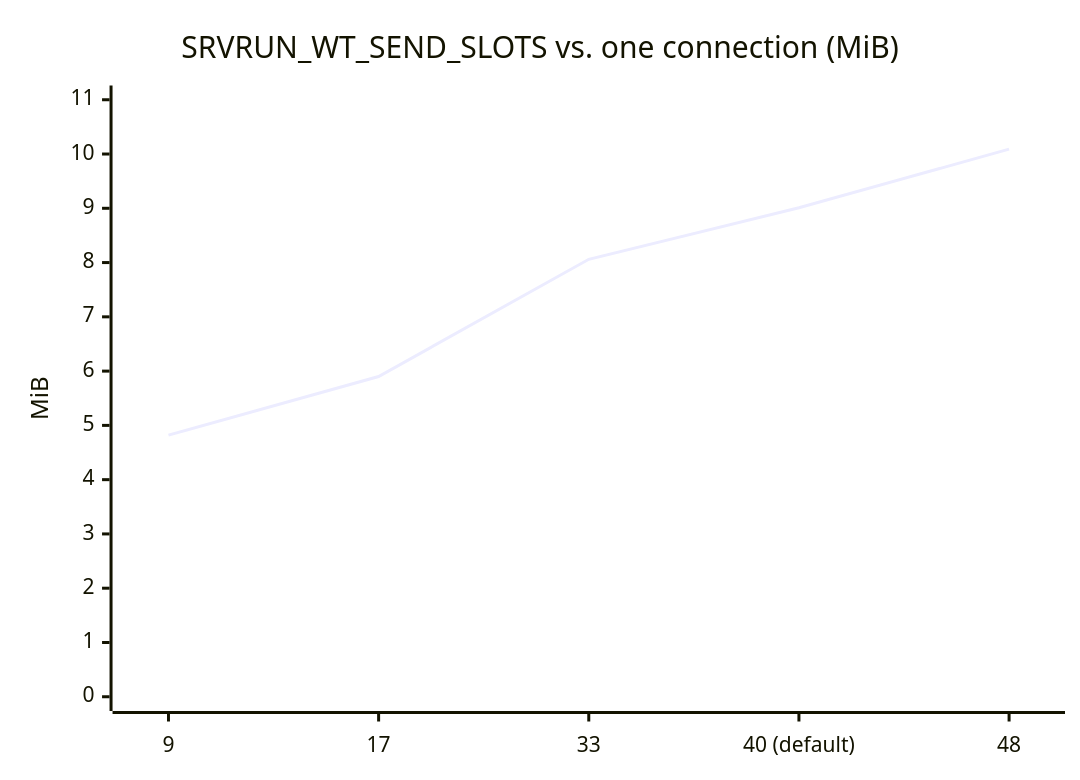
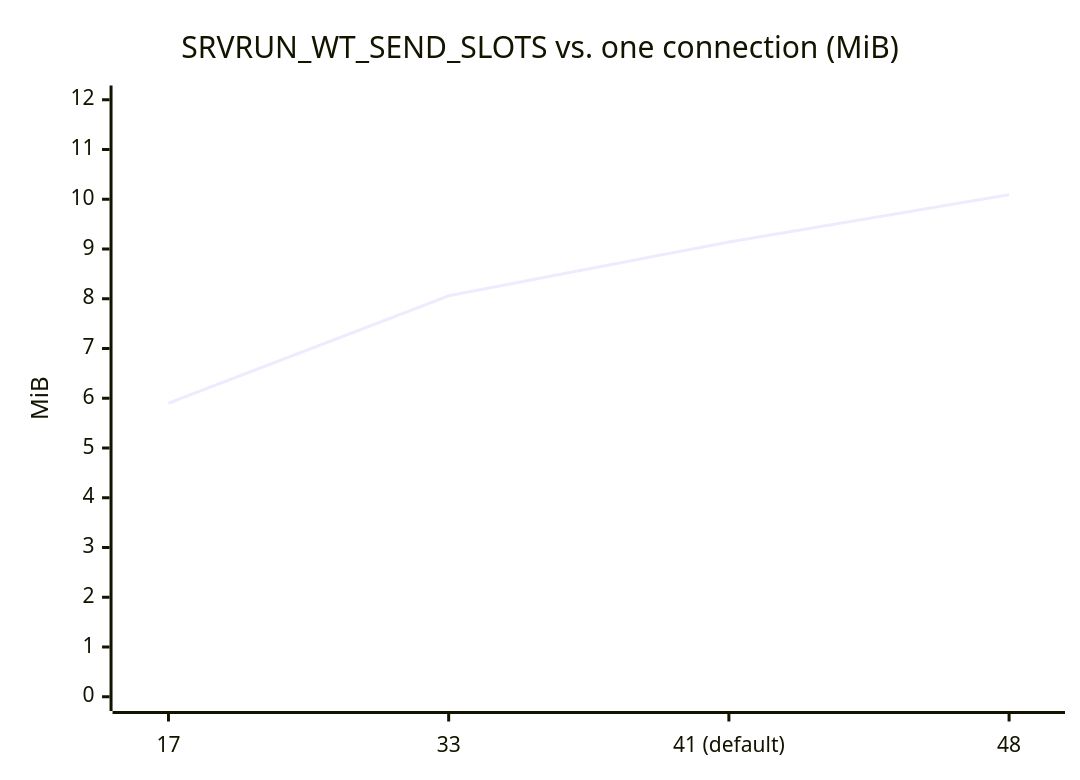
The fourth of 9 diagrams in docs/architecture/memory.md (Hakkadaikon/wired), drawn with Mermaid before and after one commit. The commit also changed other lines of this file and 5 other files, not shown here.

````diff
--- a/docs/architecture/memory.md
+++ b/docs/architecture/memory.md
@@ -106,7 +106,7 @@
 ```mermaid
 xychart-beta
     title "SRVRUN_WT_SEND_SLOTS vs. one connection (MiB)"
-    x-axis ["9", "17", "33", "40 (default)", "48"]
-    y-axis "MiB" 0 --> 11
-    line [4.82, 5.90, 8.06, 9.01, 10.09]
+    x-axis ["17", "33", "41 (default)", "48"]
+    y-axis "MiB" 0 --> 12
+    line [5.90, 8.06, 9.14, 10.09]
 ```
````
